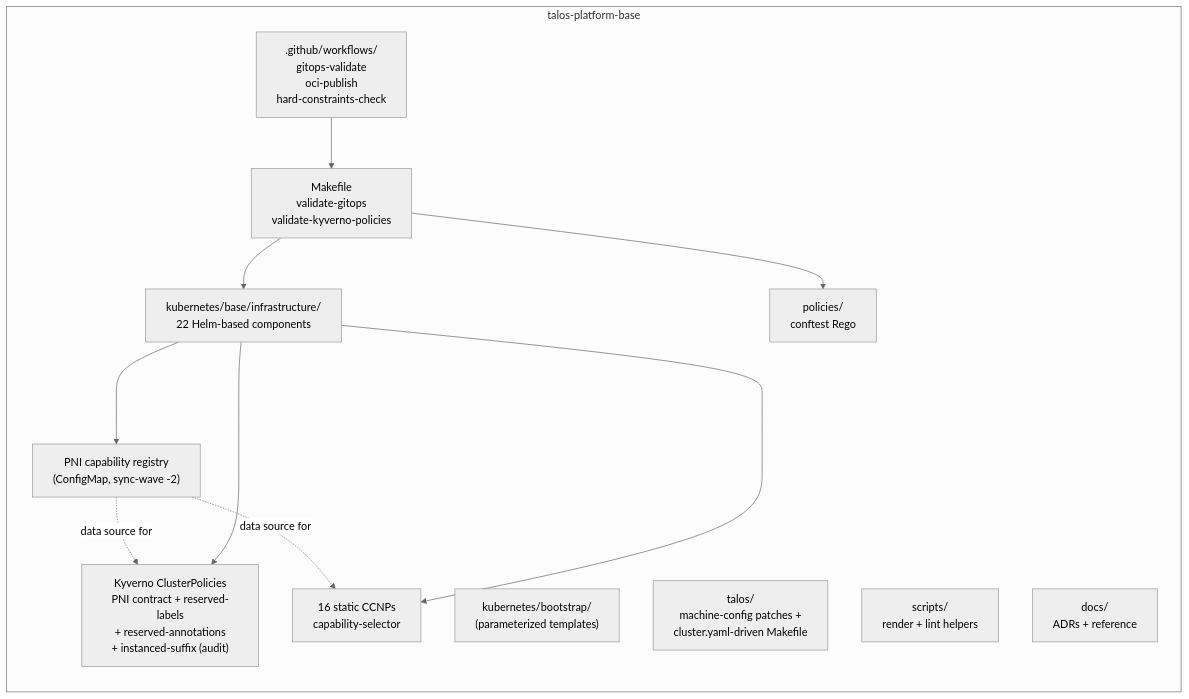
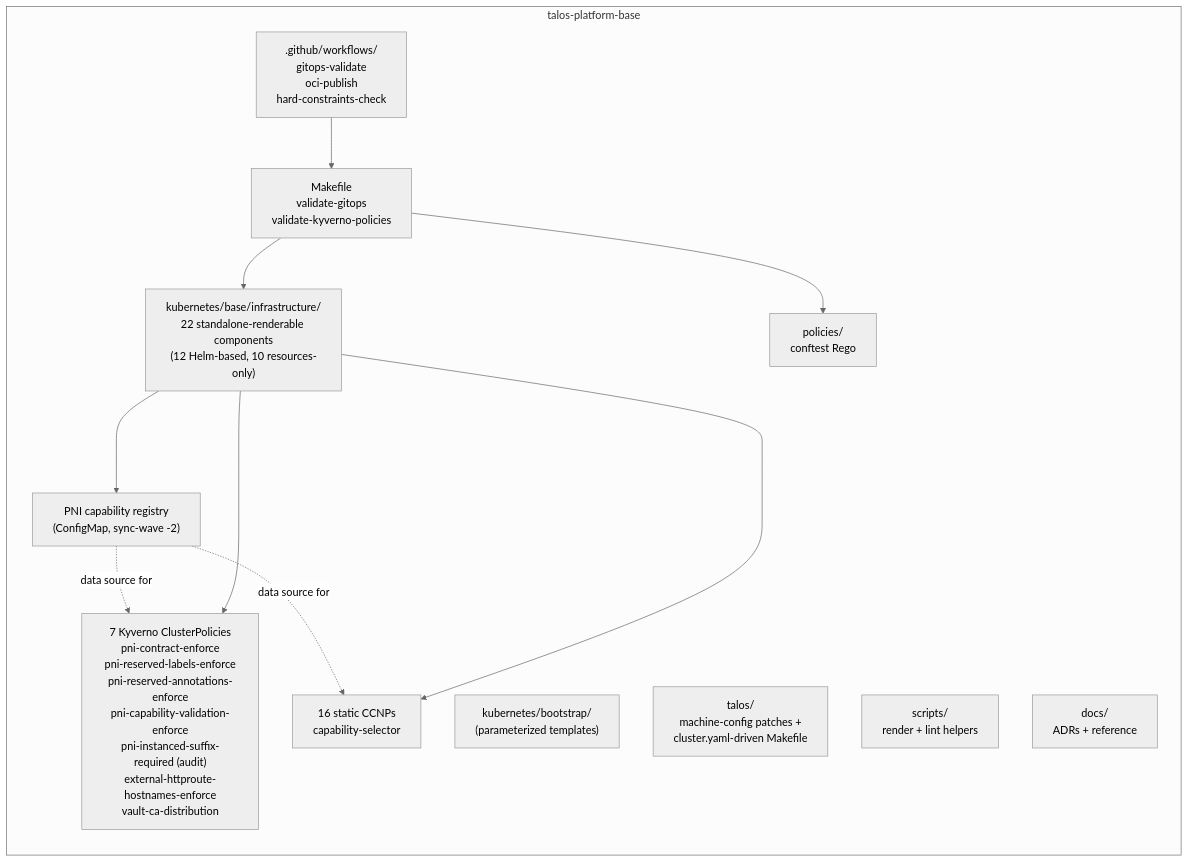
Before and after one commit to Nosmoht/talos-platform-base: the second of 4 diagrams in ARCHITECTURE.md, drawn with Mermaid. The commit also changed 5 other files, not shown here.

````diff
--- a/ARCHITECTURE.md
+++ b/ARCHITECTURE.md
@@ -56,27 +56,27 @@
 ```mermaid
 %%{init: { "theme": "neutral" } }%%
 flowchart LR
   subgraph Base["talos-platform-base"]
     direction TB
     Make[Makefile<br/>validate-gitops<br/>validate-kyverno-policies]
     Boot["kubernetes/bootstrap/<br/>(parameterized templates)"]
-    Infra["kubernetes/base/infrastructure/<br/>22 Helm-based components"]
+    Infra["kubernetes/base/infrastructure/<br/>22 standalone-renderable components<br/>(12 Helm-based, 10 resources-only)"]
     Talos["talos/<br/>machine-config patches +<br/>cluster.yaml-driven Makefile"]
     Pol["policies/<br/>conftest Rego"]
     Scripts["scripts/<br/>render + lint helpers"]
     Docs["docs/<br/>ADRs + reference"]
     CI[".github/workflows/<br/>gitops-validate<br/>oci-publish<br/>hard-constraints-check"]
     Reg["PNI capability registry<br/>(ConfigMap, sync-wave -2)"]
-    Pol2["Kyverno ClusterPolicies<br/>PNI contract + reserved-labels<br/>+ reserved-annotations<br/>+ instanced-suffix (audit)"]
+    Pol2["7 Kyverno ClusterPolicies<br/>pni-contract-enforce<br/>pni-reserved-labels-enforce<br/>pni-reserved-annotations-enforce<br/>pni-capability-validation-enforce<br/>pni-instanced-suffix-required (audit)<br/>external-httproute-hostnames-enforce<br/>vault-ca-distribution"]
     CCNP["16 static CCNPs<br/>capability-selector"]
 
     Reg -.->|"data source for"| Pol2
     Reg -.->|"data source for"| CCNP
     Infra ---> Reg
     Infra ---> Pol2
     Infra ---> CCNP
     Make --> Pol
     Make --> Infra
     CI --> Make
   end
 ```
````
